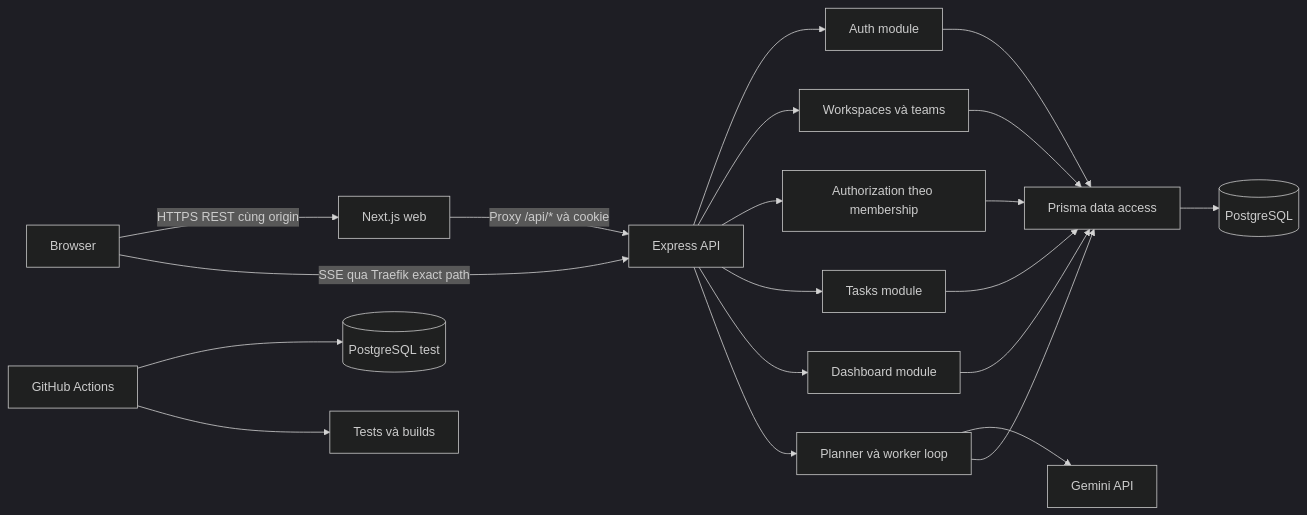
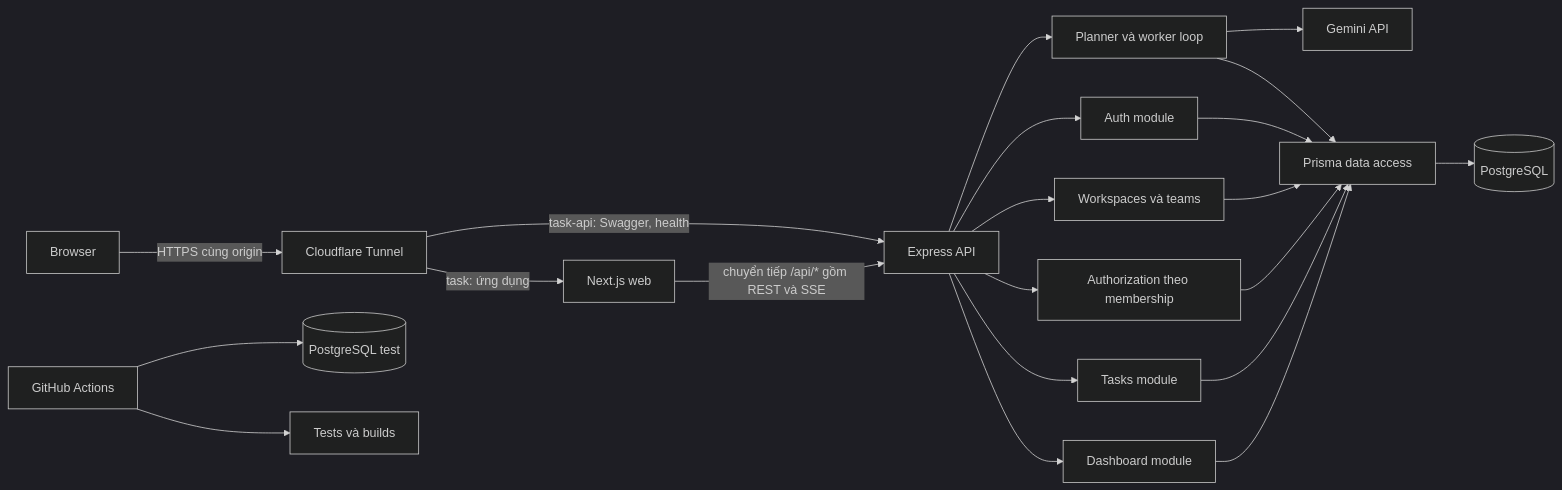
The first of 4 diagrams in docs/02-architecture/system-architecture.md (darrenak403/Task-Management-System), drawn with Mermaid (dark theme) before and after one commit. The commit also changed other lines of this file and 4 other files, not shown here.

````diff
--- a/docs/02-architecture/system-architecture.md
+++ b/docs/02-architecture/system-architecture.md
@@ -77,22 +77,23 @@
 ```mermaid
 flowchart LR
-    Browser[Browser] -->|HTTPS REST cùng origin| Web[Next.js web]
-    Browser -->|SSE qua Traefik exact path| API
-    Web -->|Proxy /api/* và cookie| API[Express API]
+    Browser[Browser] -->|HTTPS cùng origin| Tunnel[Cloudflare Tunnel]
+    Tunnel -->|task-api: Swagger, health| API[Express API]
+    Tunnel -->|task: ứng dụng| Web[Next.js web]
+    Web -->|chuyển tiếp /api/* gồm REST và SSE| API
     API --> Auth[Auth module]
     API --> Workspaces[Workspaces và teams]
     API --> Access[Authorization theo membership]
     API --> Tasks[Tasks module]
     API --> Dashboard[Dashboard module]
     API --> Planner[Planner và worker loop]
     Planner --> Gemini[Gemini API]
     Planner --> Prisma
     Auth --> Prisma[Prisma data access]
     Workspaces --> Prisma
     Access --> Prisma
     Tasks --> Prisma
     Dashboard --> Prisma
     Prisma --> DB[(PostgreSQL)]
     CI[GitHub Actions] --> TestDB[(PostgreSQL test)]
     CI --> Builds[Tests và builds]
 ```
````
